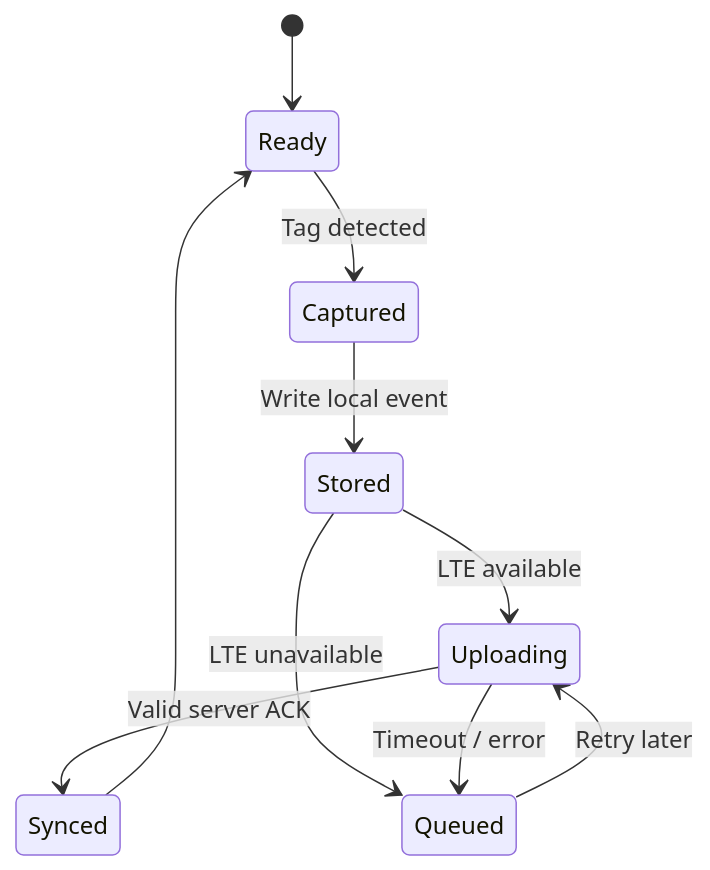
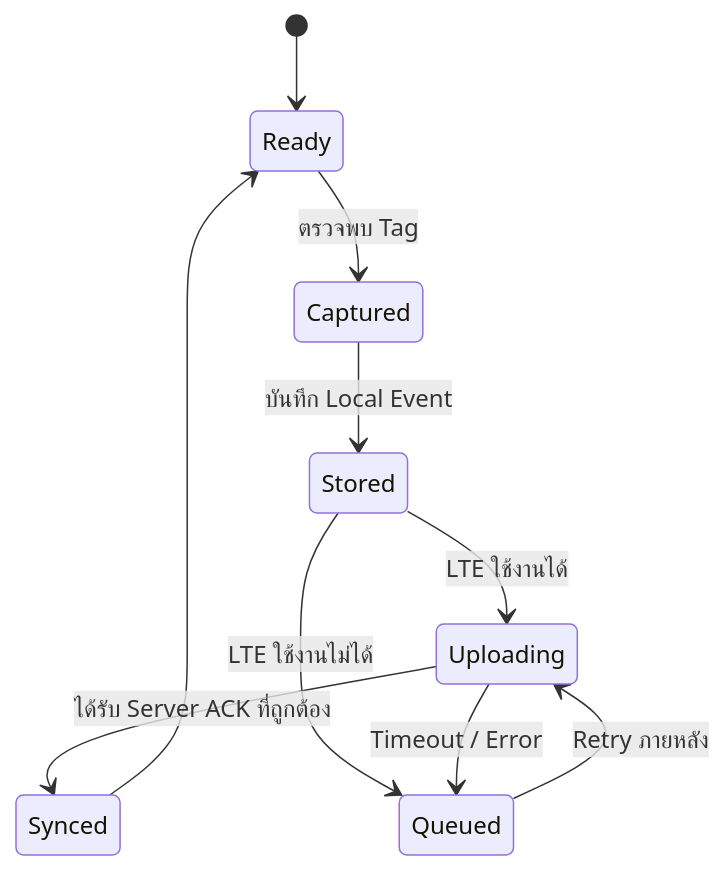
One commit to e25xld-ham/hs8ac changed the second of 2 diagrams in projects/ardf-epunch/ARCHITECTURE.md. Above: the diagram before and after it, drawn with Mermaid. The commit also changed other lines of this file, not shown here.

````diff
--- a/projects/ardf-epunch/ARCHITECTURE.md
+++ b/projects/ardf-epunch/ARCHITECTURE.md
@@ -75,12 +75,12 @@
 ```mermaid
 stateDiagram-v2
     [*] --> Ready
-    Ready --> Captured: Tag detected
-    Captured --> Stored: Write local event
-    Stored --> Uploading: LTE available
-    Stored --> Queued: LTE unavailable
-    Uploading --> Synced: Valid server ACK
-    Uploading --> Queued: Timeout / error
-    Queued --> Uploading: Retry later
+    Ready --> Captured: ตรวจพบ Tag
+    Captured --> Stored: บันทึก Local Event
+    Stored --> Uploading: LTE ใช้งานได้
+    Stored --> Queued: LTE ใช้งานไม่ได้
+    Uploading --> Synced: ได้รับ Server ACK ที่ถูกต้อง
+    Uploading --> Queued: Timeout / Error
+    Queued --> Uploading: Retry ภายหลัง
     Synced --> Ready
 ```
````
